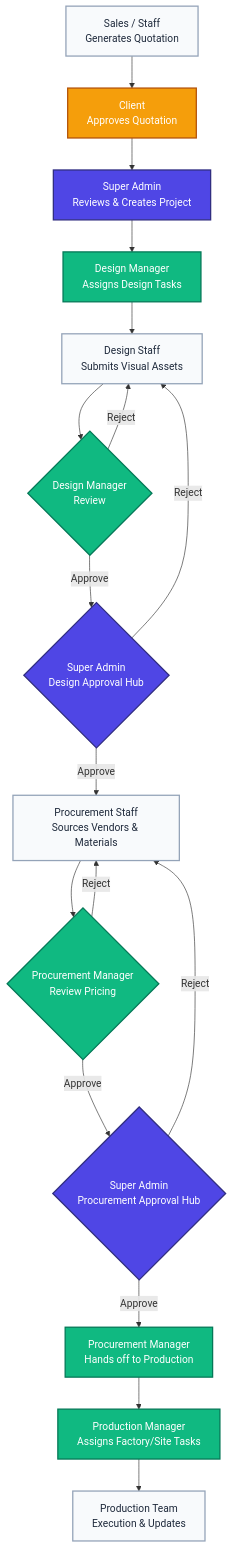
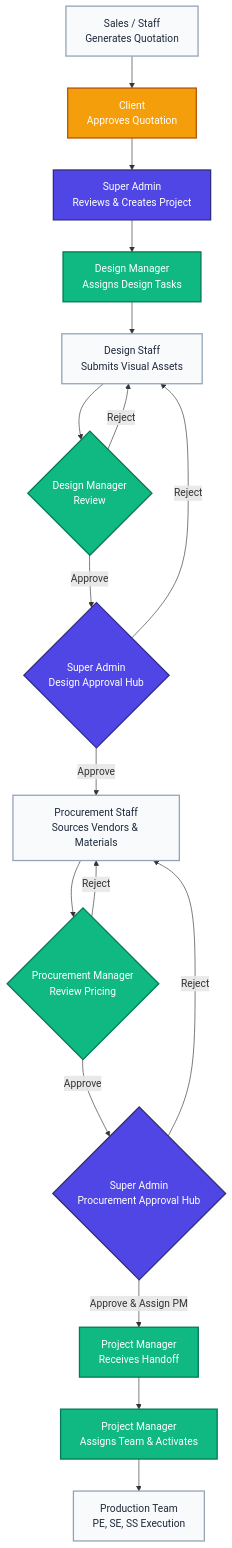
One commit to Mridul2214/Interior-Design changed the diagram in README.md. Above: the diagram before and after it, drawn with Mermaid. The commit also changed other lines of this file, not shown here.

Commit message:
docs: update workflow flowchart and role descriptions in README

````diff
--- a/README.md
+++ b/README.md
@@ -19,36 +19,36 @@
 ```mermaid
 graph TD
     %% Quotation Phase
     A[Sales / Staff<br/>Generates Quotation] --> B[Client<br/>Approves Quotation]
     B --> C[Super Admin<br/>Reviews & Creates Project]
     
     %% Design Pipeline
     C --> D[Design Manager<br/>Assigns Design Tasks]
     D --> E[Design Staff<br/>Submits Visual Assets]
     E --> F{Design Manager<br/>Review}
     F -->|Reject| E
     F -->|Approve| G{Super Admin<br/>Design Approval Hub}
     G -->|Reject| E
     
     %% Procurement Pipeline
     G -->|Approve| H[Procurement Staff<br/>Sources Vendors & Materials]
     H --> I{Procurement Manager<br/>Review Pricing}
     I -->|Reject| H
     I -->|Approve| J{Super Admin<br/>Procurement Approval Hub}
     J -->|Reject| H
     
     %% Production Pipeline
-    J -->|Approve| K[Procurement Manager<br/>Hands off to Production]
-    K --> L[Production Manager<br/>Assigns Factory/Site Tasks]
-    L --> M[Production Team<br/>Execution & Updates]
+    J -->|Approve & Assign PM| K[Project Manager<br/>Receives Handoff]
+    K --> L[Project Manager<br/>Assigns Team & Activates]
+    L --> M[Production Team<br/>PE, SE, SS Execution]
 
     classDef admin fill:#4f46e5,stroke:#312e81,stroke-width:2px,color:#fff;
     classDef manager fill:#10b981,stroke:#047857,stroke-width:2px,color:#fff;
     classDef staff fill:#f8fafc,stroke:#94a3b8,stroke-width:2px,color:#1e293b;
     classDef client fill:#f59e0b,stroke:#b45309,stroke-width:2px,color:#fff;
 
     class A,E,H,M staff;
     class D,F,I,K,L manager;
     class C,G,J admin;
     class B client;
 ```
````
